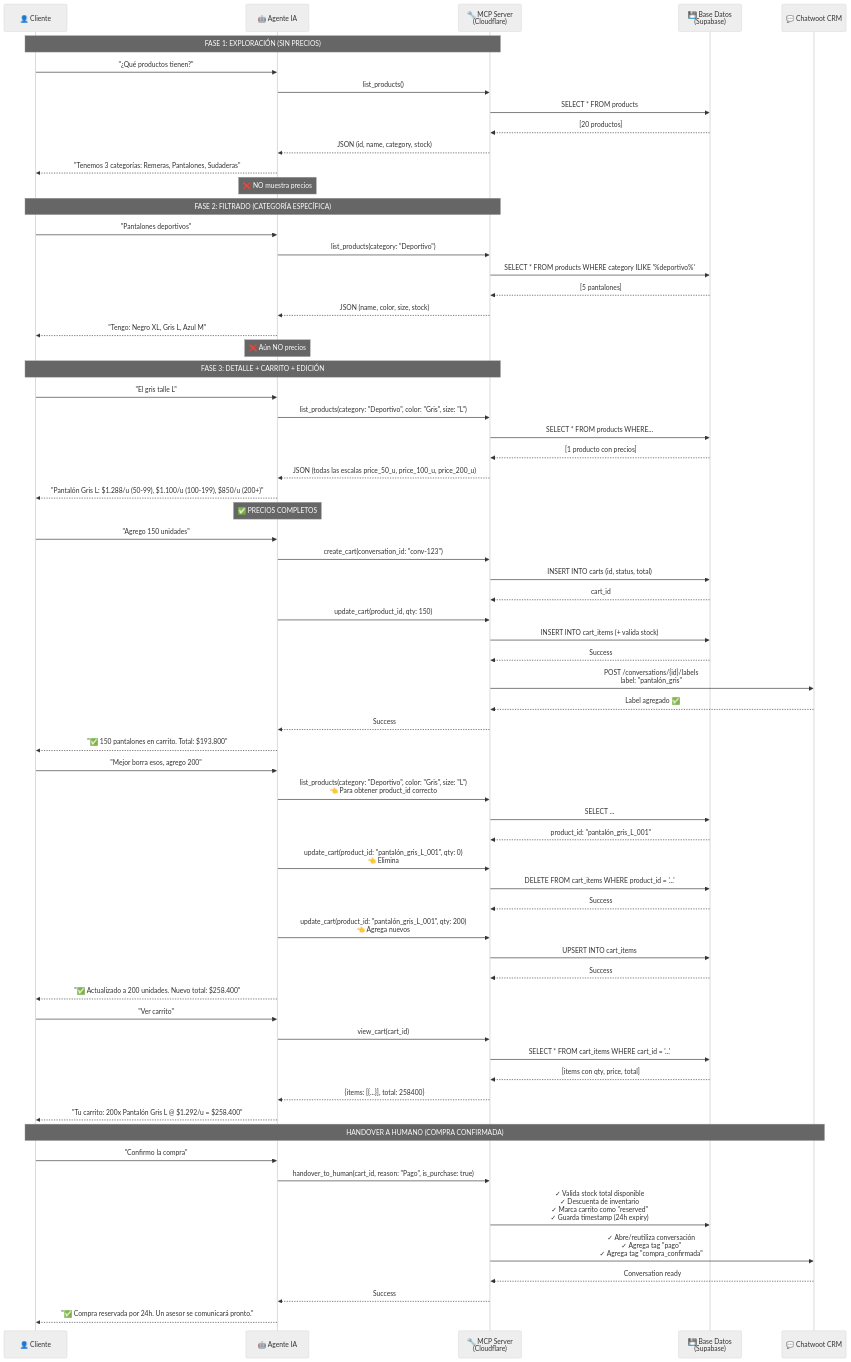
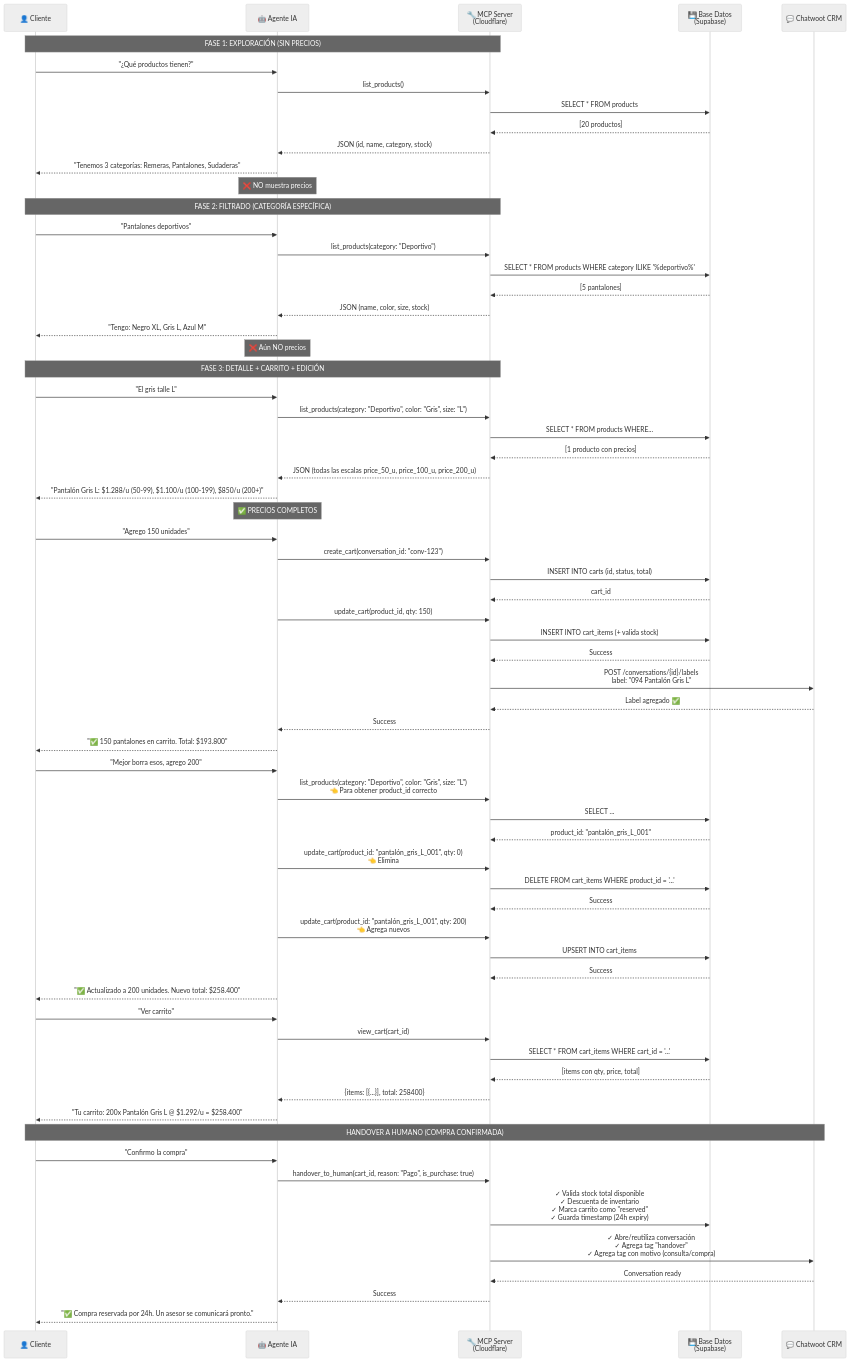
The diagram in docs/mapa-de-flujo.md (victor12g/Laburen-VictorGandarillas), drawn with Mermaid (neutral theme) before and after one commit.

Commit message:
Documentacion Mapa De Flujo

````diff
--- a/docs/mapa-de-flujo.md
+++ b/docs/mapa-de-flujo.md
@@ -15,77 +15,77 @@
 ```mermaid
 sequenceDiagram
     participant User as 👤 Cliente
     participant Agent as 🤖 Agente IA
     participant MCP as 🔧 MCP Server<br/>(Cloudflare)
     participant Supabase as 💾 Base Datos<br/>(Supabase)
     participant Chatwoot as 💬 Chatwoot CRM
 
     Note over User,MCP: FASE 1: EXPLORACIÓN (SIN PRECIOS)
     User->>Agent: "¿Qué productos tienen?"
     Agent->>MCP: list_products()
     MCP->>Supabase: SELECT * FROM products
     Supabase-->>MCP: [20 productos]
     MCP-->>Agent: JSON (id, name, category, stock)
     Agent-->>User: "Tenemos 3 categorías: Remeras, Pantalones, Sudaderas"
     Note over Agent: ❌ NO muestra precios
 
     Note over User,MCP: FASE 2: FILTRADO (CATEGORÍA ESPECÍFICA)
     User->>Agent: "Pantalones deportivos"
     Agent->>MCP: list_products(category: "Deportivo")
     MCP->>Supabase: SELECT * FROM products WHERE category ILIKE '%deportivo%'
     Supabase-->>MCP: [5 pantalones]
     MCP-->>Agent: JSON (name, color, size, stock)
     Agent-->>User: "Tengo: Negro XL, Gris L, Azul M"
     Note over Agent: ❌ Aún NO precios
 
     Note over User,MCP: FASE 3: DETALLE + CARRITO + EDICIÓN
     
     User->>Agent: "El gris talle L"
     Agent->>MCP: list_products(category: "Deportivo", color: "Gris", size: "L")
     MCP->>Supabase: SELECT * FROM products WHERE...
     Supabase-->>MCP: [1 producto con precios]
     MCP-->>Agent: JSON (todas las escalas price_50_u, price_100_u, price_200_u)
     Agent-->>User: "Pantalón Gris L: $1.288/u (50-99), $1.100/u (100-199), $850/u (200+)"
     Note over Agent: ✅ PRECIOS COMPLETOS
 
     User->>Agent: "Agrego 150 unidades"
     Agent->>MCP: create_cart(conversation_id: "conv-123")
     MCP->>Supabase: INSERT INTO carts (id, status, total)
     Supabase-->>MCP: cart_id
     
     Agent->>MCP: update_cart(product_id, qty: 150)
     MCP->>Supabase: INSERT INTO cart_items (+ valida stock)
     Supabase-->>MCP: Success
-    MCP->>Chatwoot: POST /conversations/{id}/labels<br/>label: "pantalón_gris"
+    MCP->>Chatwoot: POST /conversations/{id}/labels<br/>label: "094 Pantalón Gris L"
     Chatwoot-->>MCP: Label agregado ✅
     MCP-->>Agent: Success
     Agent-->>User: "✅ 150 pantalones en carrito. Total: $193.800"
 
     User->>Agent: "Mejor borra esos, agrego 200"
     Agent->>MCP: list_products(category: "Deportivo", color: "Gris", size: "L")<br/>👈 Para obtener product_id correcto
     MCP->>Supabase: SELECT ...
     Supabase-->>MCP: product_id: "pantalón_gris_L_001"
     Agent->>MCP: update_cart(product_id: "pantalón_gris_L_001", qty: 0)<br/>👈 Elimina
     MCP->>Supabase: DELETE FROM cart_items WHERE product_id = '...'
     Supabase-->>MCP: Success
     Agent->>MCP: update_cart(product_id: "pantalón_gris_L_001", qty: 200)<br/>👈 Agrega nuevos
     MCP->>Supabase: UPSERT INTO cart_items
     Supabase-->>MCP: Success
     Agent-->>User: "✅ Actualizado a 200 unidades. Nuevo total: $258.400"
 
     User->>Agent: "Ver carrito"
     Agent->>MCP: view_cart(cart_id)
     MCP->>Supabase: SELECT * FROM cart_items WHERE cart_id = '...'
     Supabase-->>MCP: [items con qty, price, total]
     MCP-->>Agent: {items: [{...}], total: 258400}
     Agent-->>User: "Tu carrito: 200x Pantalón Gris L @ $1.292/u = $258.400"
 
     Note over User,Chatwoot: HANDOVER A HUMANO (COMPRA CONFIRMADA)
     User->>Agent: "Confirmo la compra"
     Agent->>MCP: handover_to_human(cart_id, reason: "Pago", is_purchase: true)
     MCP->>Supabase: ✓ Valida stock total disponible<br/>✓ Descuenta de inventario<br/>✓ Marca carrito como "reserved"<br/>✓ Guarda timestamp (24h expiry)
-    MCP->>Chatwoot: ✓ Abre/reutiliza conversación<br/>✓ Agrega tag "pago"<br/>✓ Agrega tag "compra_confirmada"
+    MCP->>Chatwoot: ✓ Abre/reutiliza conversación<br/>✓ Agrega tag "handover"<br/>✓ Agrega tag con motivo (consulta/compra)
     Chatwoot-->>MCP: Conversation ready
     MCP-->>Agent: Success
     Agent-->>User: "✅ Compra reservada por 24h. Un asesor se comunicará pronto."
 ```
````
